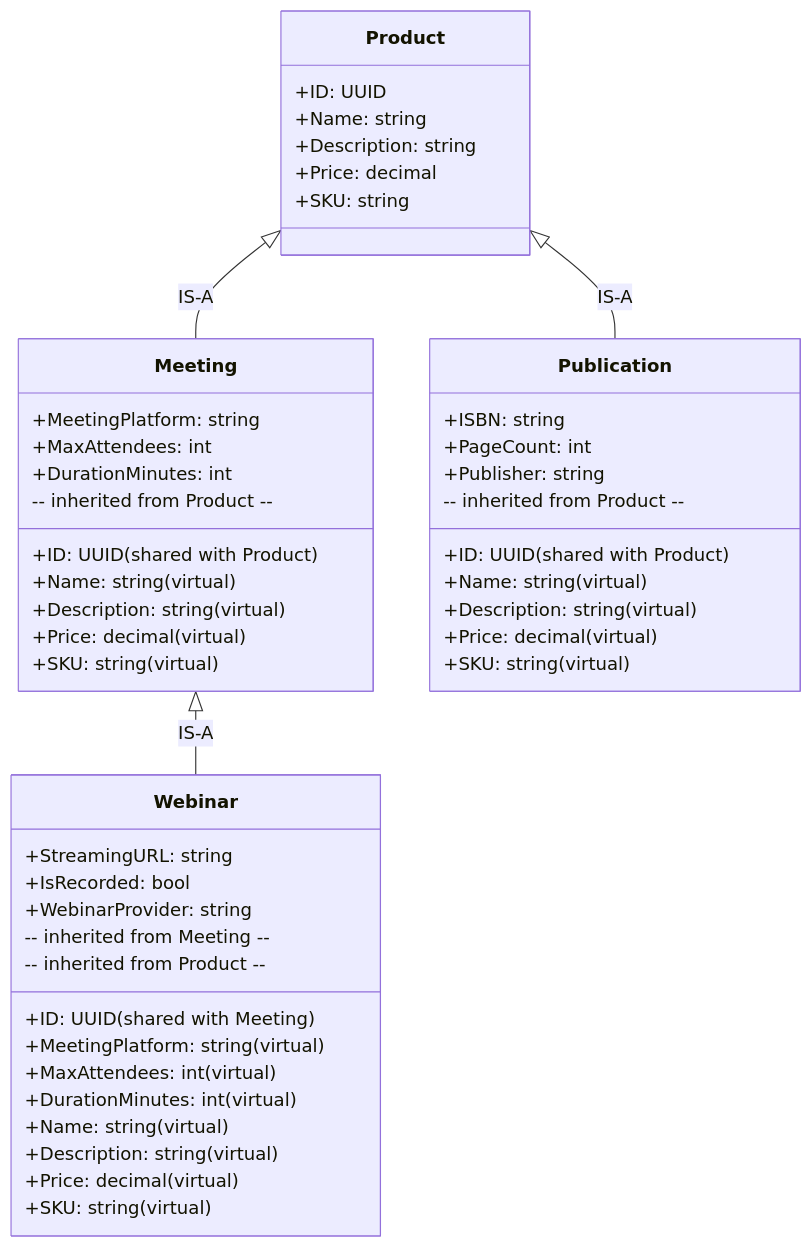
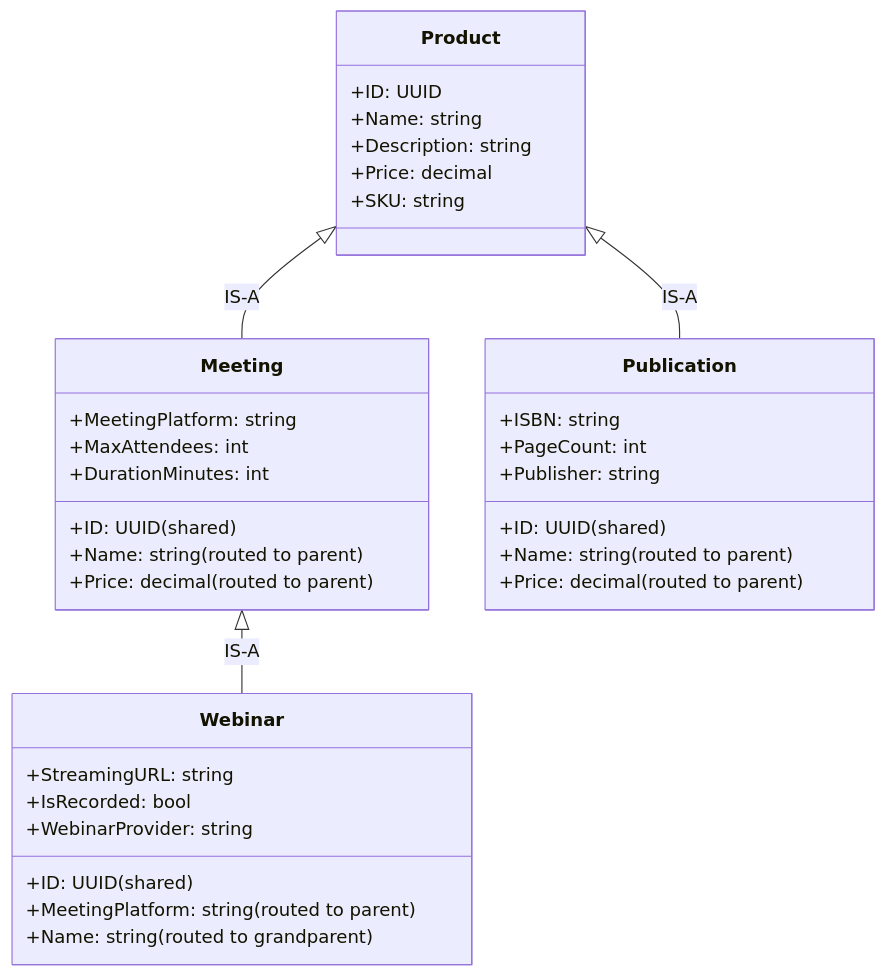
Before and after one commit to MemberJunction/MJ: the fifth of 13 diagrams in plans/entity-system-enhancements-virtual-and-supertype.md, drawn with Mermaid. The commit also changed other lines of this file, not shown here.

First line of the commit message:
docs: rewrite virtual entities & IS-A type modeling plan with refined architecture

````diff
--- a/plans/entity-system-enhancements-virtual-and-supertype.md
+++ b/plans/entity-system-enhancements-virtual-and-supertype.md
@@ -704,54 +492,38 @@
 ```mermaid
 classDiagram
     class Product {
         +ID: UUID
         +Name: string
         +Description: string
         +Price: decimal
         +SKU: string
     }
-
     class Meeting {
-        +ID: UUID (shared with Product)
+        +ID: UUID (shared)
         +MeetingPlatform: string
         +MaxAttendees: int
         +DurationMinutes: int
-        -- inherited from Product --
-        +Name: string (virtual)
-        +Description: string (virtual)
-        +Price: decimal (virtual)
-        +SKU: string (virtual)
+        +Name: string (routed to parent)
+        +Price: decimal (routed to parent)
     }
-
     class Publication {
-        +ID: UUID (shared with Product)
+        +ID: UUID (shared)
         +ISBN: string
         +PageCount: int
         +Publisher: string
-        -- inherited from Product --
-        +Name: string (virtual)
-        +Description: string (virtual)
-        +Price: decimal (virtual)
-        +SKU: string (virtual)
+        +Name: string (routed to parent)
+        +Price: decimal (routed to parent)
     }
-
     class Webinar {
-        +ID: UUID (shared with Meeting)
+        +ID: UUID (shared)
         +StreamingURL: string
         +IsRecorded: bool
         +WebinarProvider: string
-        -- inherited from Meeting --
-        +MeetingPlatform: string (virtual)
-        +MaxAttendees: int (virtual)
-        +DurationMinutes: int (virtual)
-        -- inherited from Product --
-        +Name: string (virtual)
-        +Description: string (virtual)
-        +Price: decimal (virtual)
-        +SKU: string (virtual)
+        +MeetingPlatform: string (routed to parent)
+        +Name: string (routed to grandparent)
     }
 
     Product <|-- Meeting : IS-A
     Product <|-- Publication : IS-A
     Meeting <|-- Webinar : IS-A
 ```
````
